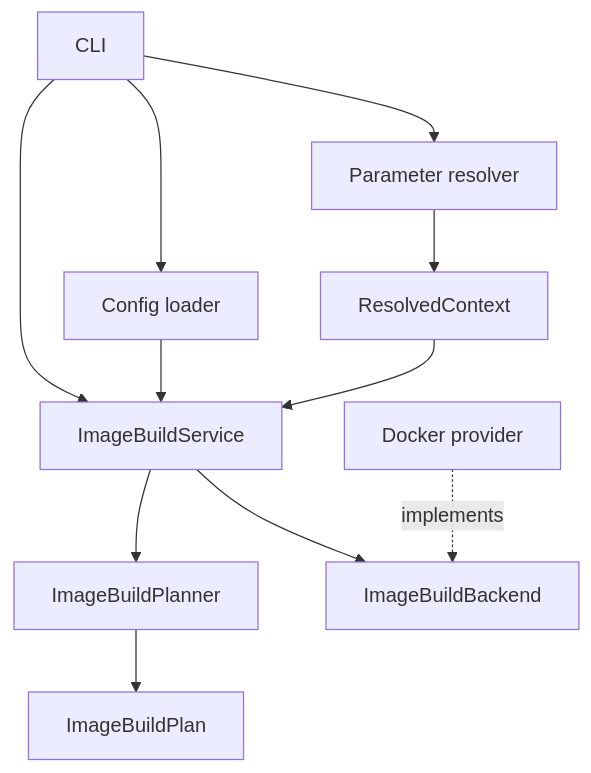
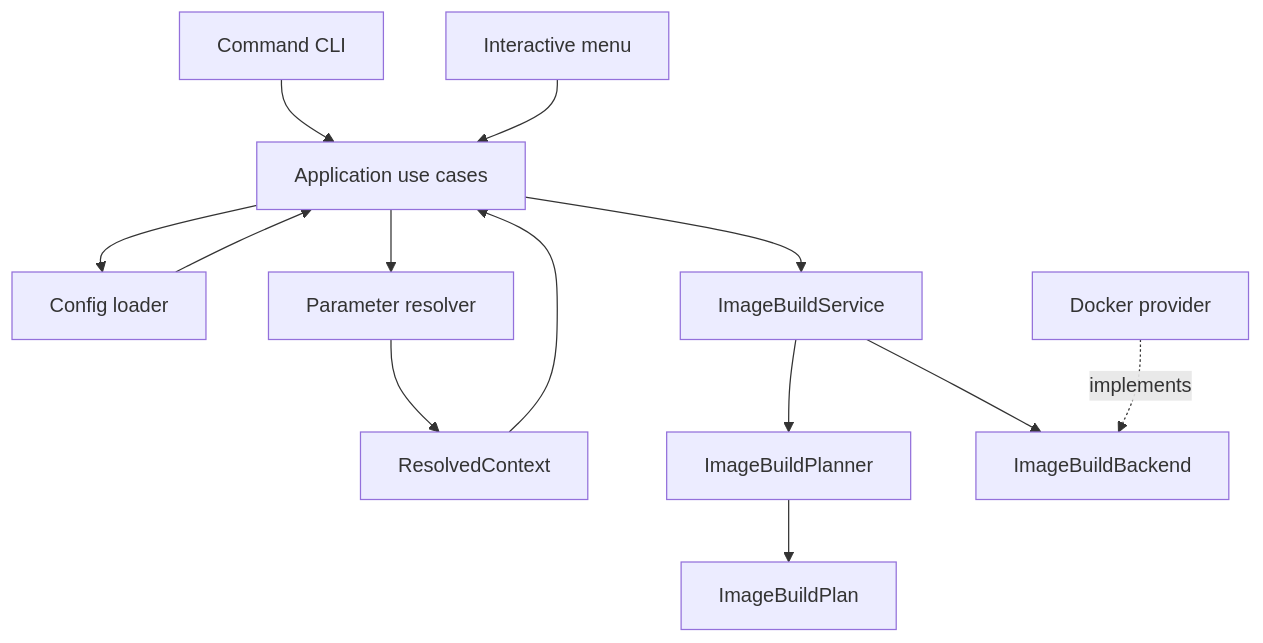
Before and after one commit to zz990099/Rigyard: the diagram in docs/architecture.md, drawn with Mermaid. The commit also changed other lines of this file and 19 other files, not shown here.

Commit message:
feat: add interactive CLI menu

````diff
--- a/docs/architecture.md
+++ b/docs/architecture.md
@@ -5,13 +5,15 @@
 ```mermaid
 flowchart TD
-    CLI[CLI] --> Config[Config loader]
-    CLI --> Parameters[Parameter resolver]
+    Commands[Command CLI] --> Application[Application use cases]
+    Menu[Interactive menu] --> Application
+    Application --> Config[Config loader]
+    Application --> Parameters[Parameter resolver]
     Parameters --> Context[ResolvedContext]
-    CLI --> Service[ImageBuildService]
-    Config --> Service
-    Context --> Service
+    Application --> Service[ImageBuildService]
+    Config --> Application
+    Context --> Application
     Service --> Planner[ImageBuildPlanner]
     Planner --> Plan[ImageBuildPlan]
     Service --> Port[ImageBuildBackend]
     Docker[Docker provider] -. implements .-> Port
 ```
````
